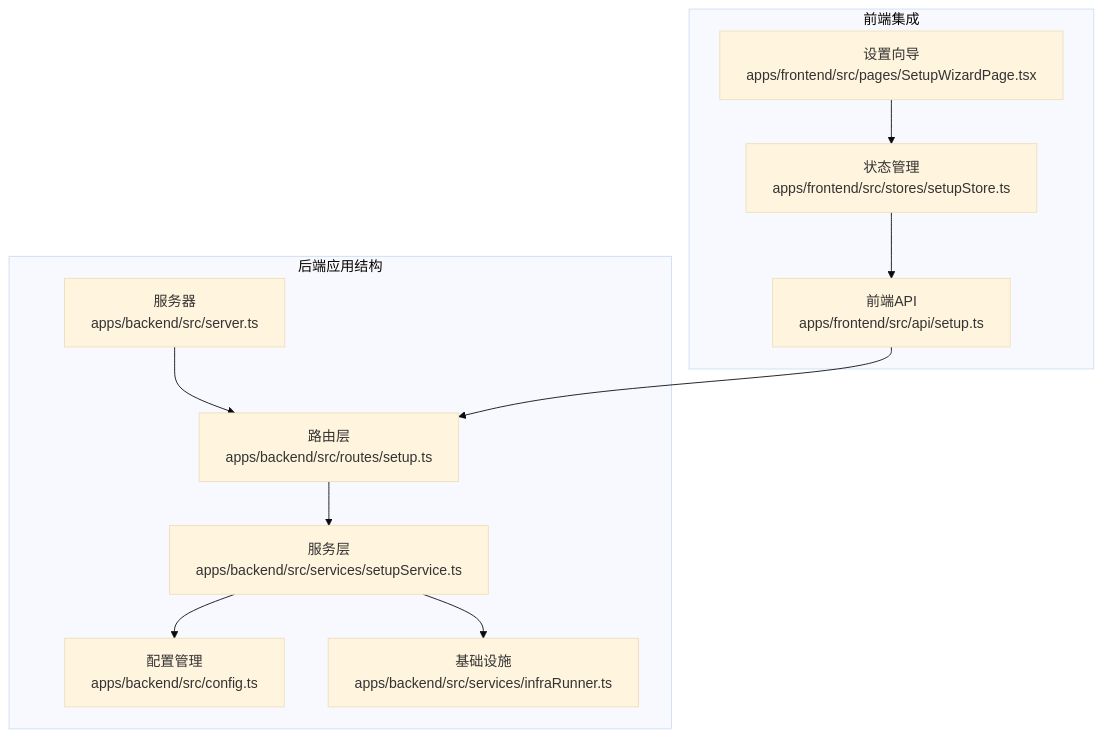
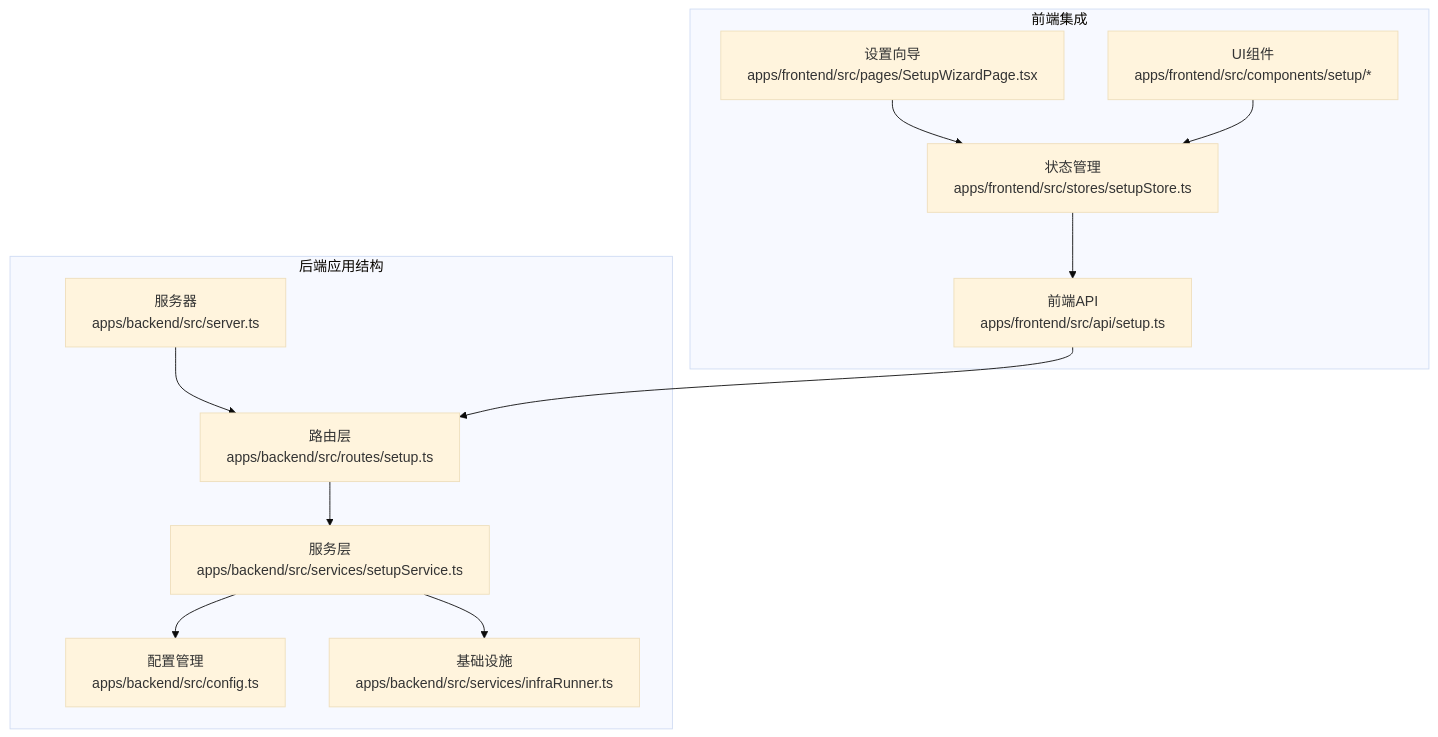
One commit to RabbitAI-Lab/Sandbox-Manager changed the first of 10 diagrams in .qoder/repowiki/zh/content/数据模型与接口/API接口规范/REST API规范/系统设置API.md. Above: the diagram before and after it, drawn with Mermaid (base theme). The commit also changed other lines of this file and 21 other files, not shown here.

````diff
--- a/.qoder/repowiki/zh/content/数据模型与接口/API接口规范/REST API规范/系统设置API.md
+++ b/.qoder/repowiki/zh/content/数据模型与接口/API接口规范/REST API规范/系统设置API.md
@@ -46,22 +56,24 @@
 ```mermaid
 graph TB
 subgraph "后端应用结构"
 Routes[路由层<br/>apps/backend/src/routes/setup.ts]
 Services[服务层<br/>apps/backend/src/services/setupService.ts]
 Config[配置管理<br/>apps/backend/src/config.ts]
 Infra[基础设施<br/>apps/backend/src/services/infraRunner.ts]
 Server[服务器<br/>apps/backend/src/server.ts]
 end
 subgraph "前端集成"
 FrontAPI[前端API<br/>apps/frontend/src/api/setup.ts]
 Stores[状态管理<br/>apps/frontend/src/stores/setupStore.ts]
 Pages[设置向导<br/>apps/frontend/src/pages/SetupWizardPage.tsx]
+Components[UI组件<br/>apps/frontend/src/components/setup/*]
 end
 Routes --> Services
 Services --> Config
 Services --> Infra
 Server --> Routes
 FrontAPI --> Routes
 Stores --> FrontAPI
 Pages --> Stores
+Components --> Stores
 ```
````
